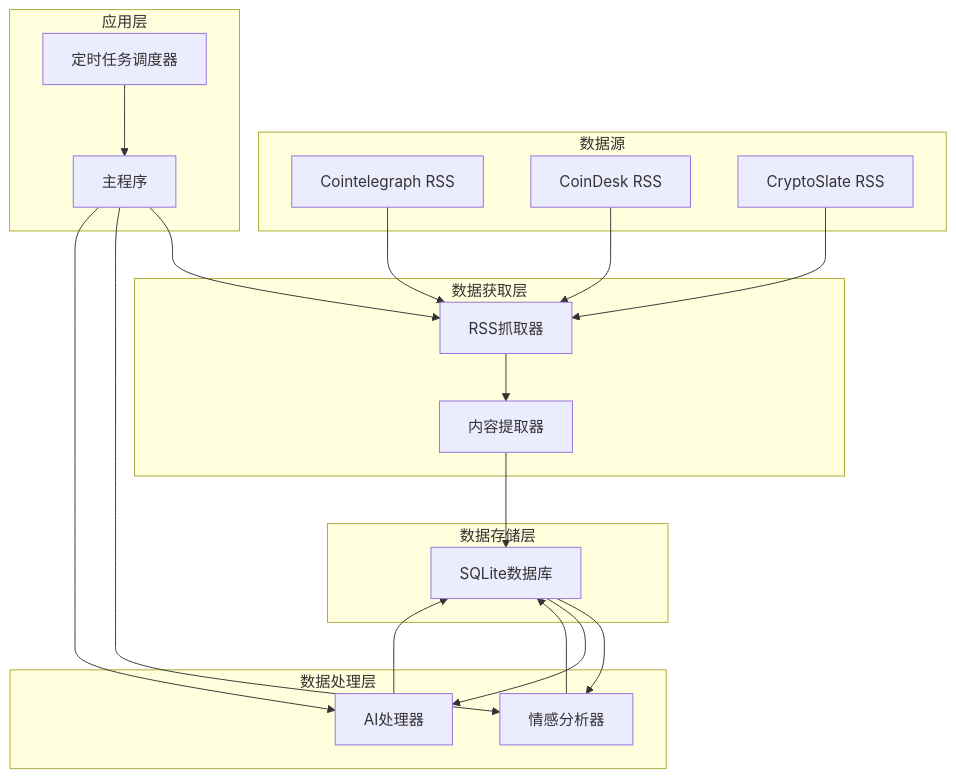
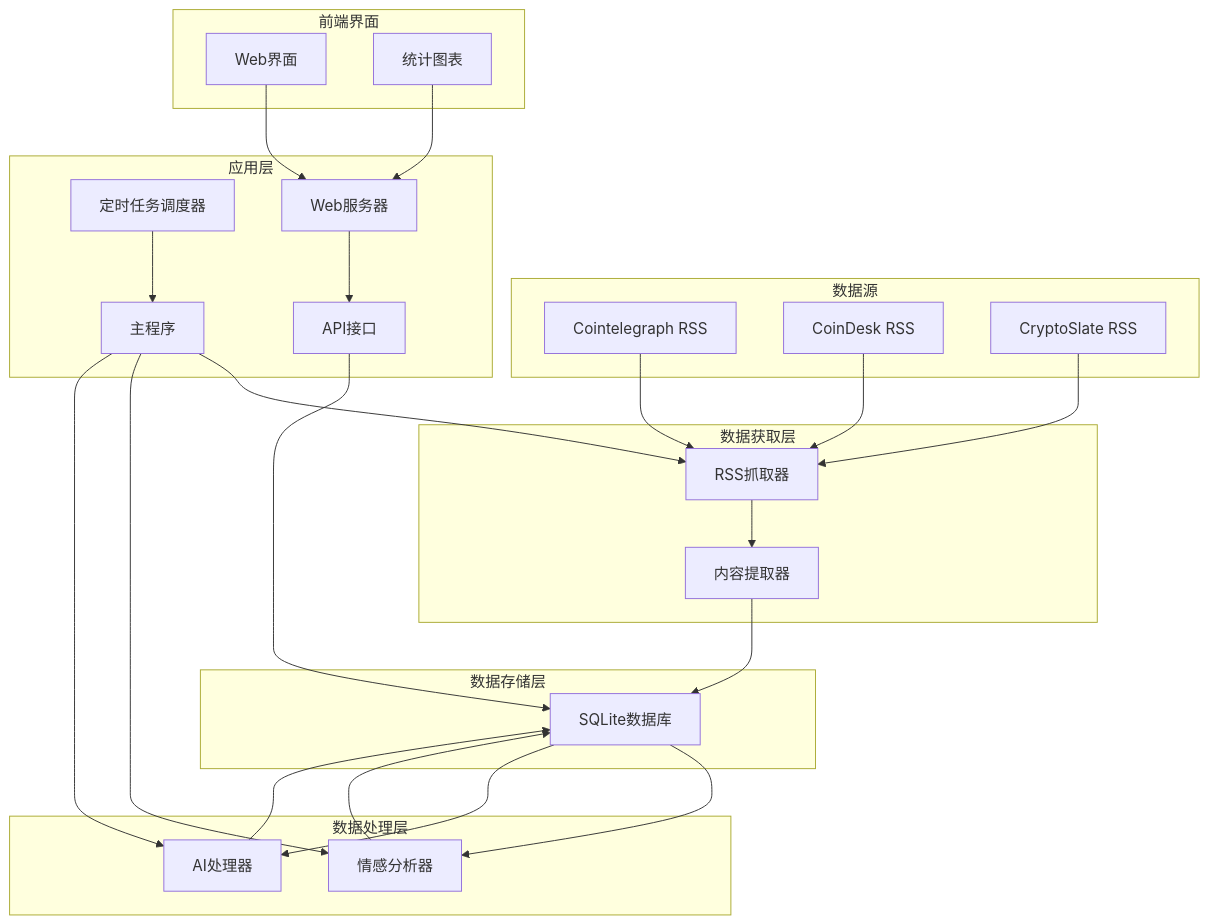
One commit to Ibook000/crypto-news-analyzer changed the first of 2 diagrams in README.md. Above: the diagram before and after it, drawn with Mermaid. The commit also changed other lines of this file and 8 other files, not shown here.

````diff
--- a/README.md
+++ b/README.md
@@ -257,41 +330,52 @@
 ```mermaid
 graph TB
     subgraph "数据源"
         A1[Cointelegraph RSS]
         A2[CoinDesk RSS]
         A3[CryptoSlate RSS]
     end
     
     subgraph "数据获取层"
         B1[RSS抓取器]
         B2[内容提取器]
     end
     
     subgraph "数据处理层"
         C1[情感分析器]
         C2[AI处理器]
     end
     
     subgraph "数据存储层"
         D1[SQLite数据库]
     end
     
     subgraph "应用层"
         E1[主程序]
         E2[定时任务调度器]
+        E3[Web服务器]
+        E4[API接口]
+    end
+    
+    subgraph "前端界面"
+        F1[Web界面]
+        F2[统计图表]
     end
     
     A1 --> B1
     A2 --> B1
     A3 --> B1
     B1 --> B2
     B2 --> D1
     D1 --> C1
     D1 --> C2
     C1 --> D1
     C2 --> D1
     E1 --> B1
     E1 --> C1
     E1 --> C2
     E2 --> E1
+    E3 --> E4
+    E4 --> D1
+    F1 --> E3
+    F2 --> E3
 ```
````
